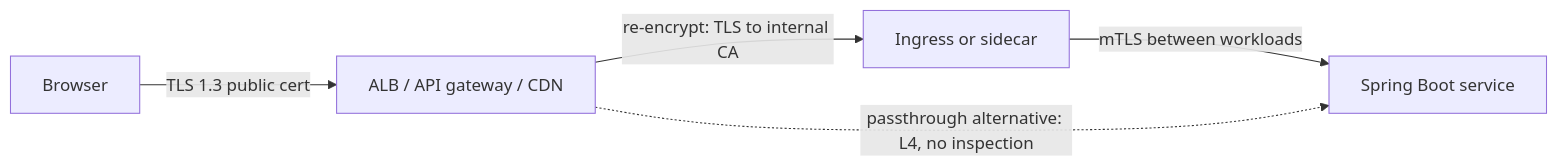
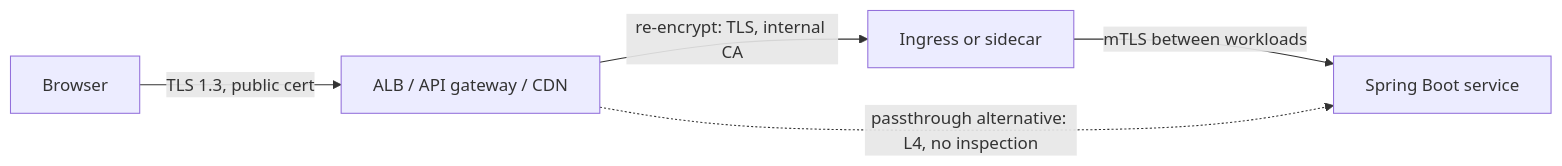
One commit to vishalhulawale/knowledge-base changed the third of 3 diagrams in docs/networking/03-tls-handshake.md. Above: the diagram before and after it, drawn with Mermaid. The commit also changed other lines of this file, not shown here.

First line of the commit message:
docs(networking): finish TLS handshake page

````diff
--- a/docs/networking/03-tls-handshake.md
+++ b/docs/networking/03-tls-handshake.md
@@ -130,7 +130,7 @@
 ```mermaid
 flowchart LR
-    U["Browser"] -- "TLS 1.3 public cert" --> LB["ALB / API gateway / CDN"]
-    LB -- "re-encrypt: TLS to internal CA" --> IN["Ingress or sidecar"]
-    IN -- "mTLS between workloads" --> SVC["Spring Boot service"]
-    LB -. "passthrough alternative: L4, no inspection" .-> SVC
+    U["Browser"] -->|"TLS 1.3, public cert"| LB["ALB / API gateway / CDN"]
+    LB -->|"re-encrypt: TLS, internal CA"| ING["Ingress or sidecar"]
+    ING -->|"mTLS between workloads"| SVC["Spring Boot service"]
+    LB -.->|"passthrough alternative: L4, no inspection"| SVC
 ```
````
